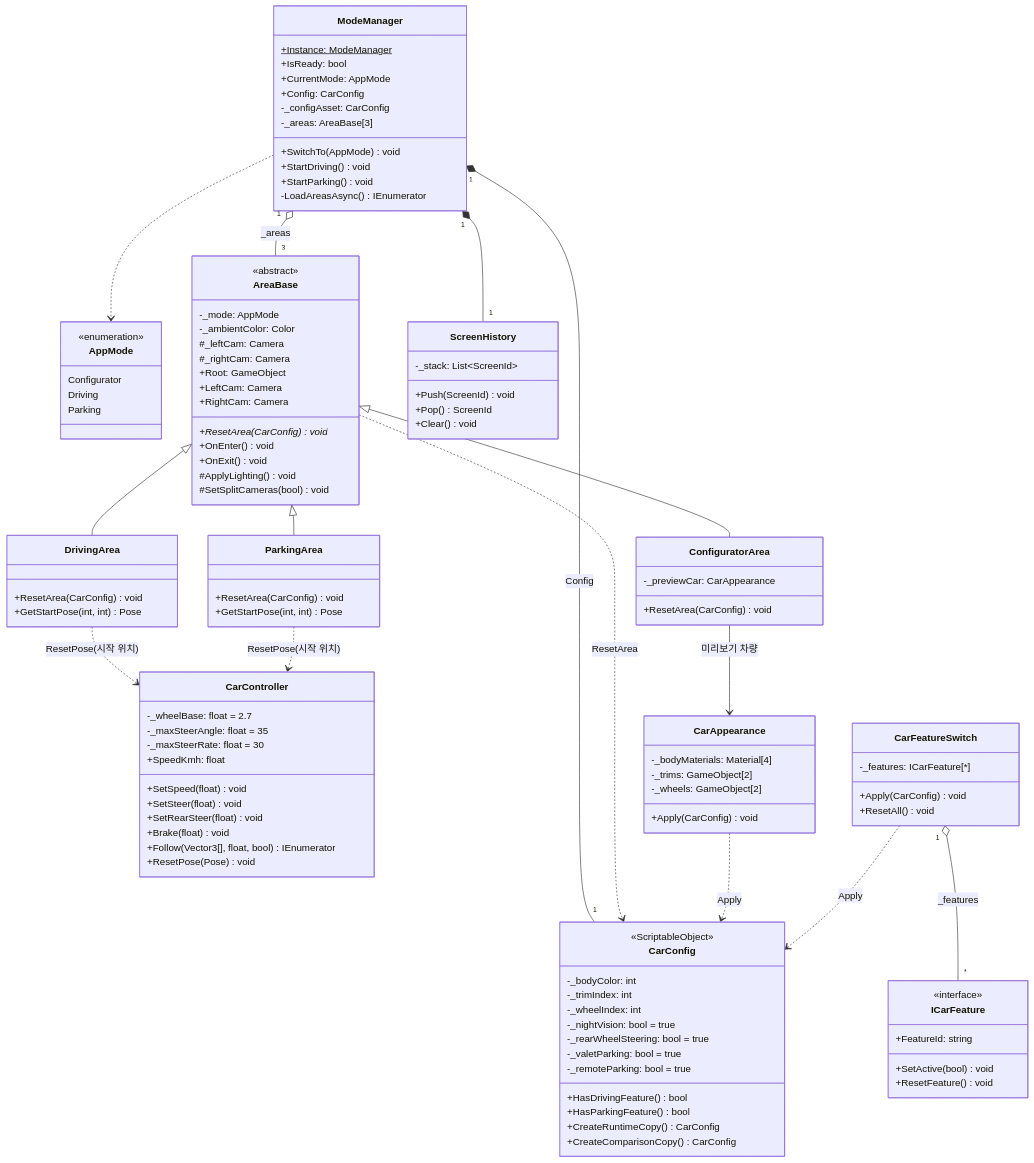
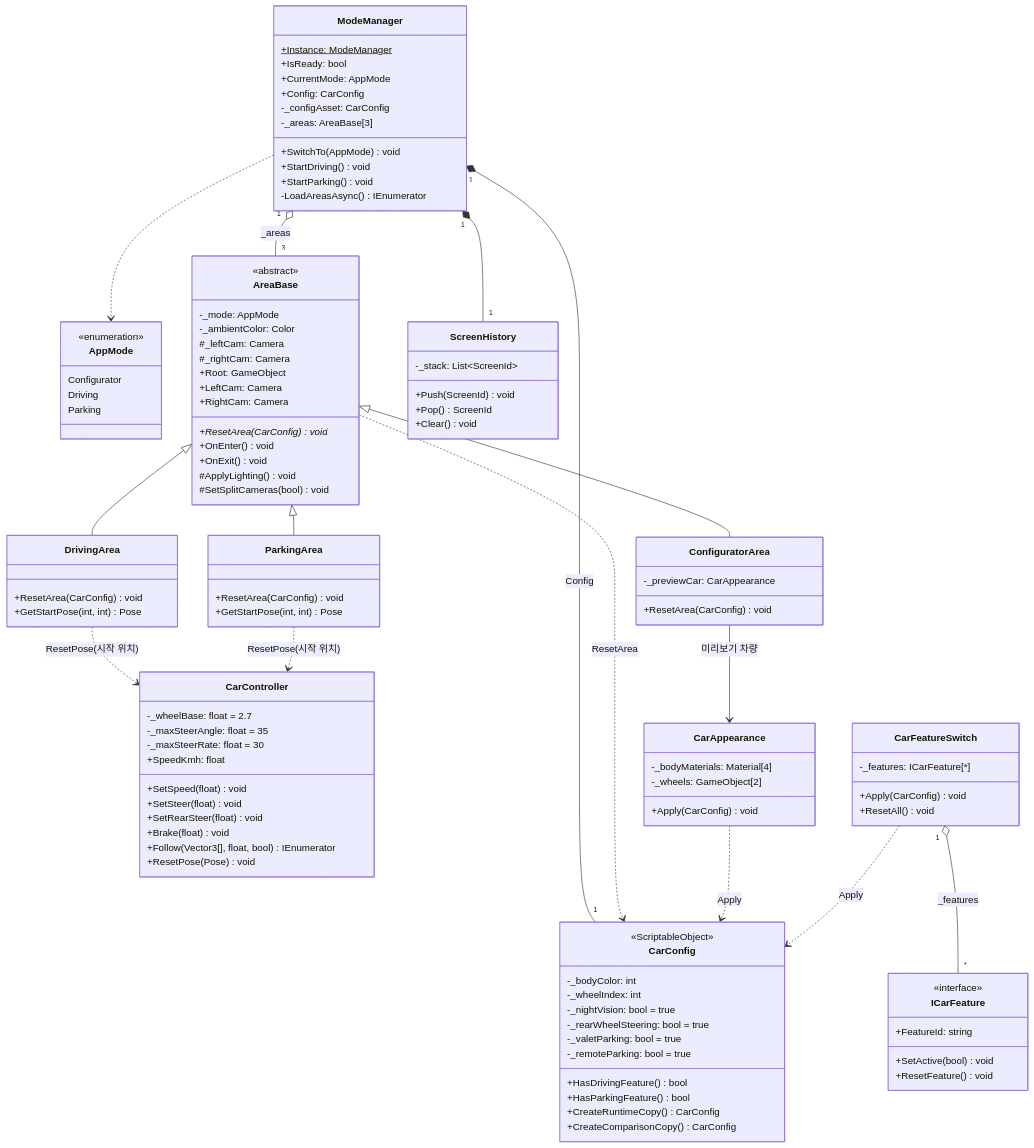
The first of 4 diagrams in docs/CLASS_DESIGN.md (cuhote/YEYU_CarConfigurator_UnityProject), drawn with Mermaid before and after one commit. The commit also changed other lines of this file and 2 other files, not shown here.

```diff
--- a/docs/CLASS_DESIGN.md
+++ b/docs/CLASS_DESIGN.md
@@ -94,7 +112,6 @@
   class CarConfig {
     <<ScriptableObject>>
     -_bodyColor: int
-    -_trimIndex: int
     -_wheelIndex: int
     -_nightVision: bool = true
     -_rearWheelSteering: bool = true
@@ -131,7 +148,6 @@
   }
   class CarAppearance {
     -_bodyMaterials: Material[4]
-    -_trims: GameObject[2]
     -_wheels: GameObject[2]
     +Apply(CarConfig) void
   }
```
